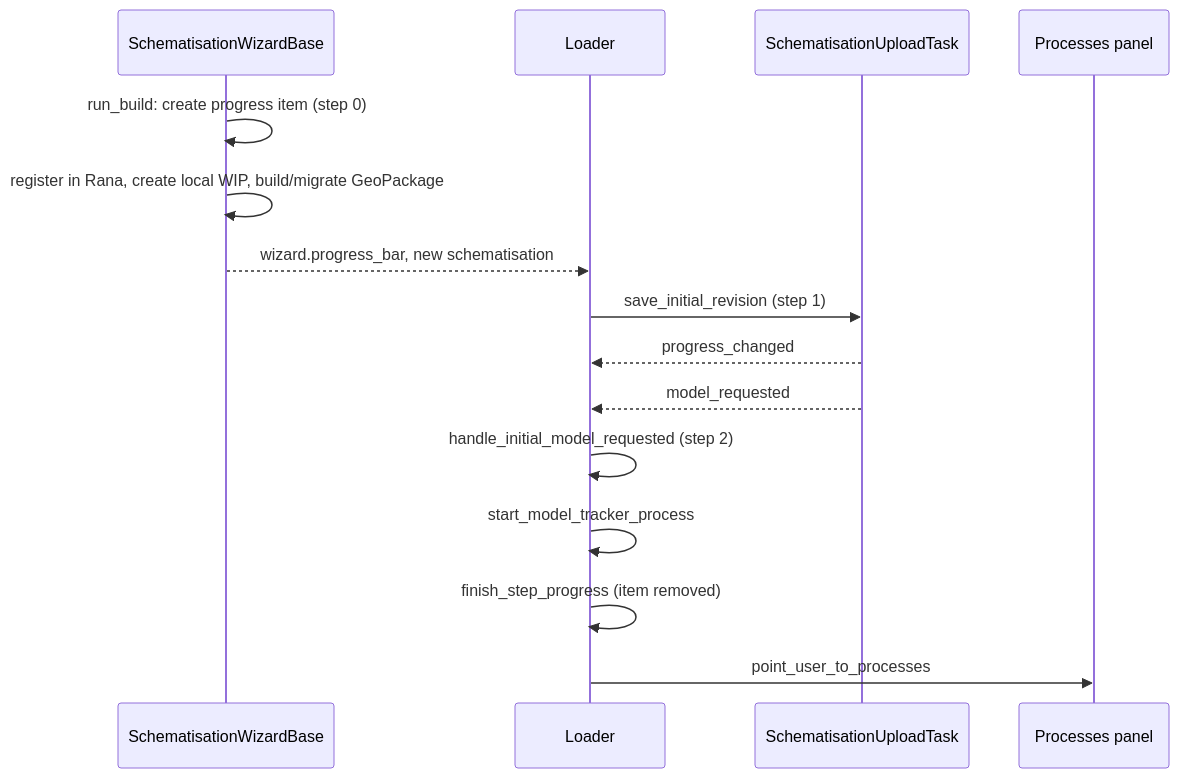
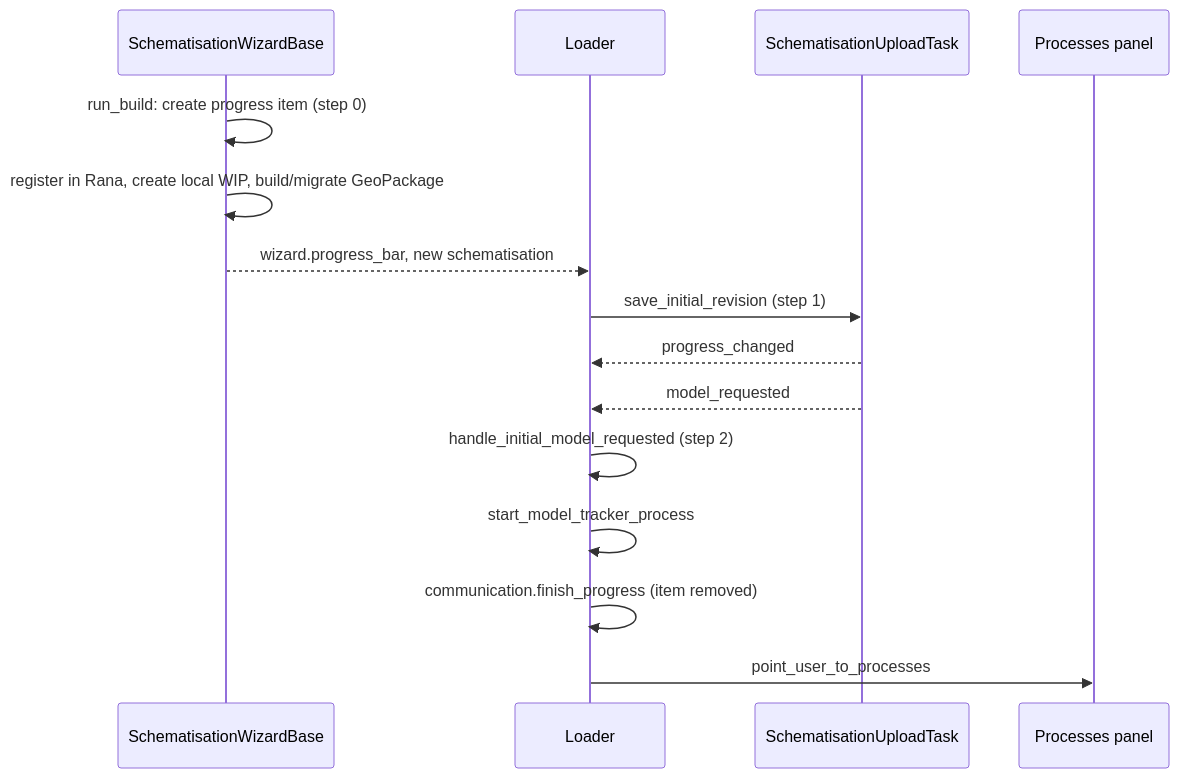
Before and after one commit to nens/rana-qgis-plugin: the first of 2 diagrams in doc/schematisation_wizard.md, drawn with Mermaid. The commit also changed other lines of this file and 2 other files, not shown here.

Commit message:
docs: Update revision upload progress helpers and behaviour

````diff
--- a/doc/schematisation_wizard.md
+++ b/doc/schematisation_wizard.md
@@ -21,17 +21,17 @@
 ```mermaid
 sequenceDiagram
     participant Wizard as SchematisationWizardBase
     participant Loader
     participant Task as SchematisationUploadTask
     participant Panel as Processes panel
     Wizard->>Wizard: run_build: create progress item (step 0)
     Wizard->>Wizard: register in Rana, create local WIP, build/migrate GeoPackage
     Wizard-->>Loader: wizard.progress_bar, new schematisation
     Loader->>Task: save_initial_revision (step 1)
     Task-->>Loader: progress_changed
     Task-->>Loader: model_requested
     Loader->>Loader: handle_initial_model_requested (step 2)
     Loader->>Loader: start_model_tracker_process
-    Loader->>Loader: finish_step_progress (item removed)
+    Loader->>Loader: communication.finish_progress (item removed)
     Loader->>Panel: point_user_to_processes
 ```
````
